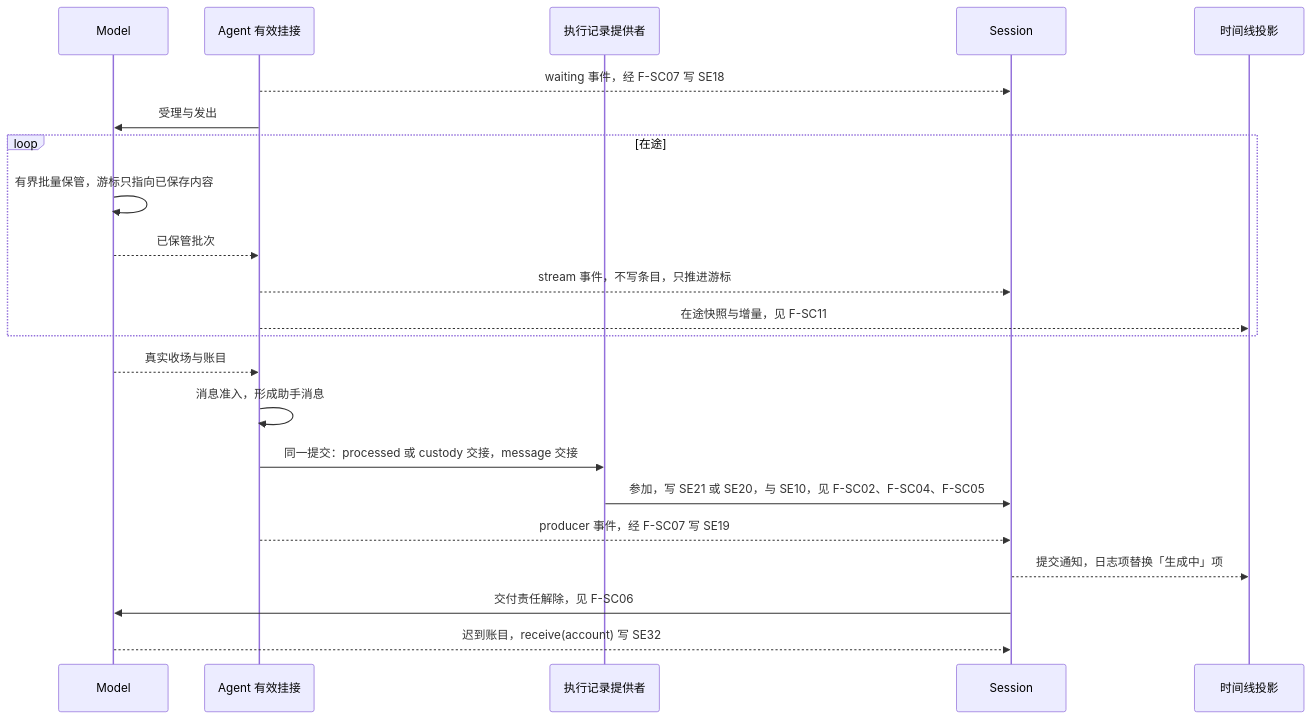
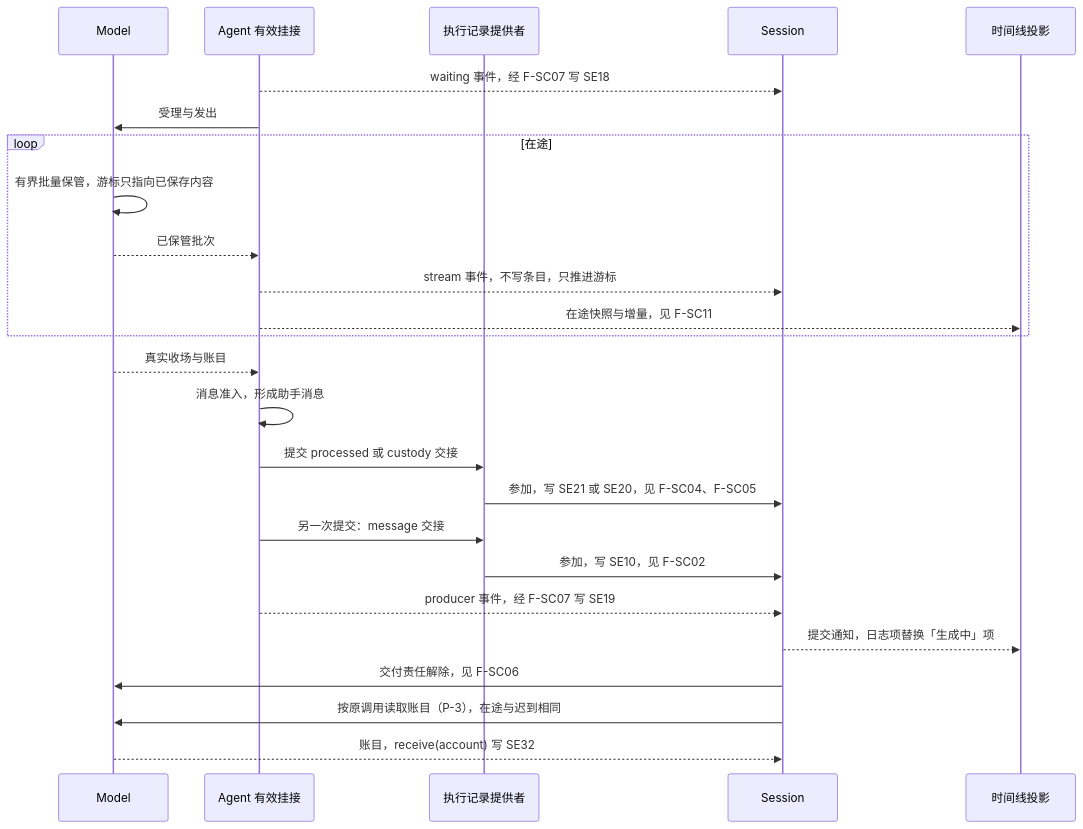
Diagram 13 of 17 in packages/session/session-contract/docs/flows/scenarios.md (nemori-ai/omne-harness-lite), drawn with Mermaid before and after one commit. The commit also changed other lines of this file and 17 other files, not shown here.

````diff
--- a/packages/session/session-contract/docs/flows/scenarios.md
+++ b/packages/session/session-contract/docs/flows/scenarios.md
@@ -653,24 +653,27 @@
 ```mermaid
 sequenceDiagram
     participant M as Model
     participant A as Agent 有效挂接
     participant J as 执行记录提供者
     participant S as Session
     participant V as 时间线投影
     A-->>S: waiting 事件，经 F-SC07 写 SE18
     A->>M: 受理与发出
     loop 在途
         M->>M: 有界批量保管，游标只指向已保存内容
         M-->>A: 已保管批次
         A-->>S: stream 事件，不写条目，只推进游标
         A-->>V: 在途快照与增量，见 F-SC11
     end
     M-->>A: 真实收场与账目
     A->>A: 消息准入，形成助手消息
-    A->>J: 同一提交：processed 或 custody 交接，message 交接
-    J->>S: 参加，写 SE21 或 SE20，与 SE10，见 F-SC02、F-SC04、F-SC05
+    A->>J: 提交 processed 或 custody 交接
+    J->>S: 参加，写 SE21 或 SE20，见 F-SC04、F-SC05
+    A->>J: 另一次提交：message 交接
+    J->>S: 参加，写 SE10，见 F-SC02
     A-->>S: producer 事件，经 F-SC07 写 SE19
     S-->>V: 提交通知，日志项替换「生成中」项
     S->>M: 交付责任解除，见 F-SC06
-    M-->>S: 迟到账目，receive(account) 写 SE32
+    S->>M: 按原调用读取账目（P-3），在途与迟到相同
+    M-->>S: 账目，receive(account) 写 SE32
 ```
````
